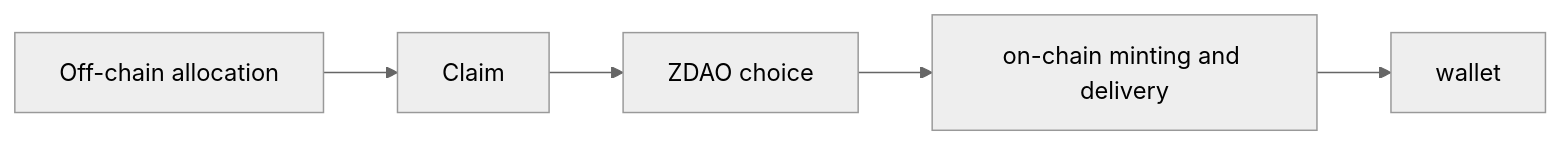
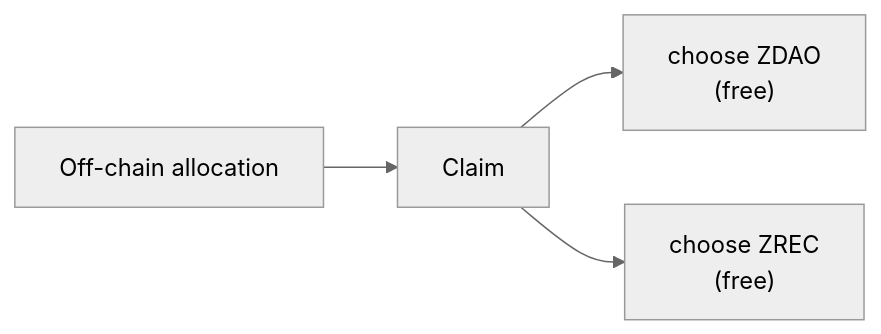
The second of 3 diagrams in docs/business-logic/02-foundational-phase.md (blockvault-ai/zero-energy), drawn with Mermaid (neutral theme) before and after one commit. The commit also changed other lines of this file and 18 other files, not shown here.

````diff
--- a/docs/business-logic/02-foundational-phase.md
+++ b/docs/business-logic/02-foundational-phase.md
@@ -77,5 +65,6 @@
 ```mermaid
 flowchart LR
-    A[Off-chain allocation] --> B[Claim] --> C[ZDAO choice]
-    C --> D[on-chain minting and delivery] --> E[wallet]
+    A[Off-chain allocation] --> B[Claim]
+    B --> C["choose ZDAO<br/>(free)"]
+    B --> D["choose ZREC<br/>(free)"]
 ```
````
